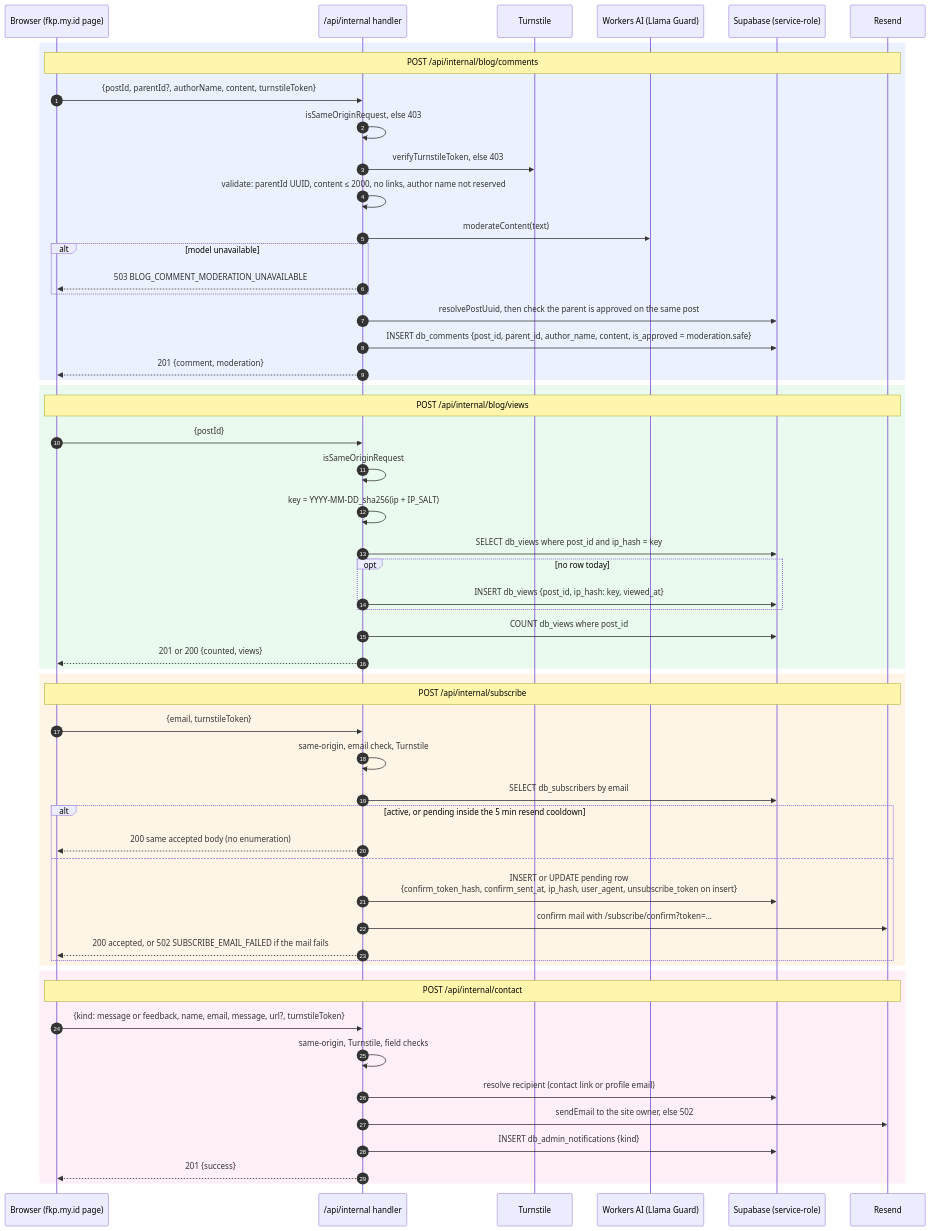
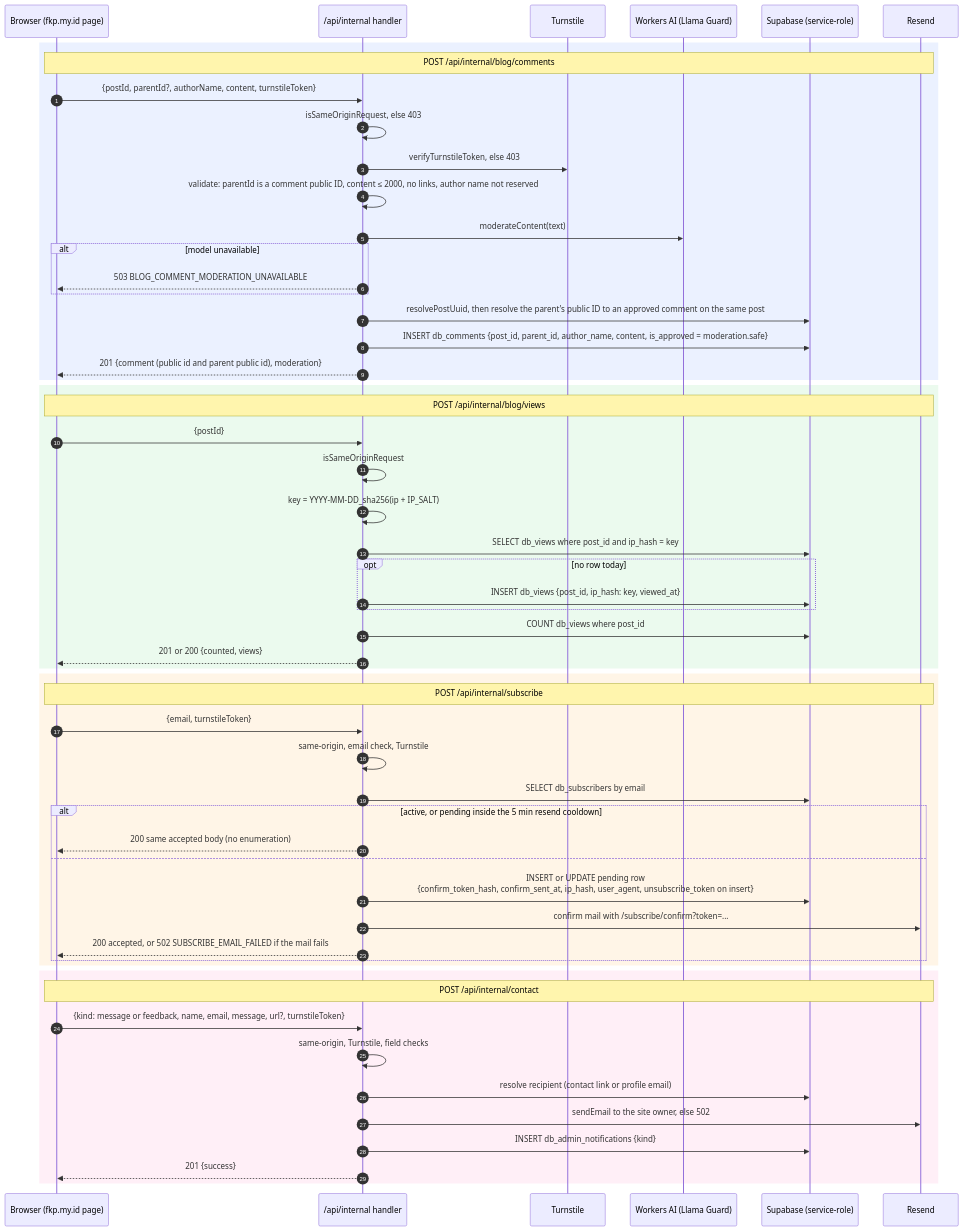
One commit to farhnkrnapratma/idstead changed the diagram in docs/001-architecture/004-public-write-endpoints.md. Above: the diagram before and after it, drawn with Mermaid. The commit also changed other lines of this file and 16 other files, not shown here.

````diff
--- a/docs/001-architecture/004-public-write-endpoints.md
+++ b/docs/001-architecture/004-public-write-endpoints.md
@@ -5,62 +5,62 @@
 ```mermaid
 sequenceDiagram
     autonumber
     participant B as Browser (fkp.my.id page)
     participant H as /api/internal handler
     participant TS as Turnstile
     participant AI as Workers AI (Llama Guard)
     participant DB as Supabase (service-role)
     participant RS as Resend
 
     rect rgba(120, 160, 255, 0.15)
     Note over B,RS: POST /api/internal/blog/comments
     B->>H: {postId, parentId?, authorName, content, turnstileToken}
     H->>H: isSameOriginRequest, else 403
     H->>TS: verifyTurnstileToken, else 403
-    H->>H: validate: parentId UUID, content ≤ 2000, no links, author name not reserved
+    H->>H: validate: parentId is a comment public ID, content ≤ 2000, no links, author name not reserved
     H->>AI: moderateContent(text)
     alt model unavailable
         H-->>B: 503 BLOG_COMMENT_MODERATION_UNAVAILABLE
     end
-    H->>DB: resolvePostUuid, then check the parent is approved on the same post
+    H->>DB: resolvePostUuid, then resolve the parent's public ID to an approved comment on the same post
     H->>DB: INSERT db_comments {post_id, parent_id, author_name, content, is_approved = moderation.safe}
-    H-->>B: 201 {comment, moderation}
+    H-->>B: 201 {comment (public id and parent public id), moderation}
     end
 
     rect rgba(120, 220, 140, 0.15)
     Note over B,RS: POST /api/internal/blog/views
     B->>H: {postId}
     H->>H: isSameOriginRequest
     H->>H: key = YYYY-MM-DD_sha256(ip + IP_SALT)
     H->>DB: SELECT db_views where post_id and ip_hash = key
     opt no row today
         H->>DB: INSERT db_views {post_id, ip_hash: key, viewed_at}
     end
     H->>DB: COUNT db_views where post_id
     H-->>B: 201 or 200 {counted, views}
     end
 
     rect rgba(255, 200, 120, 0.18)
     Note over B,RS: POST /api/internal/subscribe
     B->>H: {email, turnstileToken}
     H->>H: same-origin, email check, Turnstile
     H->>DB: SELECT db_subscribers by email
     alt active, or pending inside the 5 min resend cooldown
         H-->>B: 200 same accepted body (no enumeration)
     else
         H->>DB: INSERT or UPDATE pending row<br/>{confirm_token_hash, confirm_sent_at, ip_hash, user_agent, unsubscribe_token on insert}
         H->>RS: confirm mail with /subscribe/confirm?token=...
         H-->>B: 200 accepted, or 502 SUBSCRIBE_EMAIL_FAILED if the mail fails
     end
     end
 
     rect rgba(255, 150, 200, 0.15)
     Note over B,RS: POST /api/internal/contact
     B->>H: {kind: message or feedback, name, email, message, url?, turnstileToken}
     H->>H: same-origin, Turnstile, field checks
     H->>DB: resolve recipient (contact link or profile email)
     H->>RS: sendEmail to the site owner, else 502
     H->>DB: INSERT db_admin_notifications {kind}
     H-->>B: 201 {success}
     end
 ```
````
